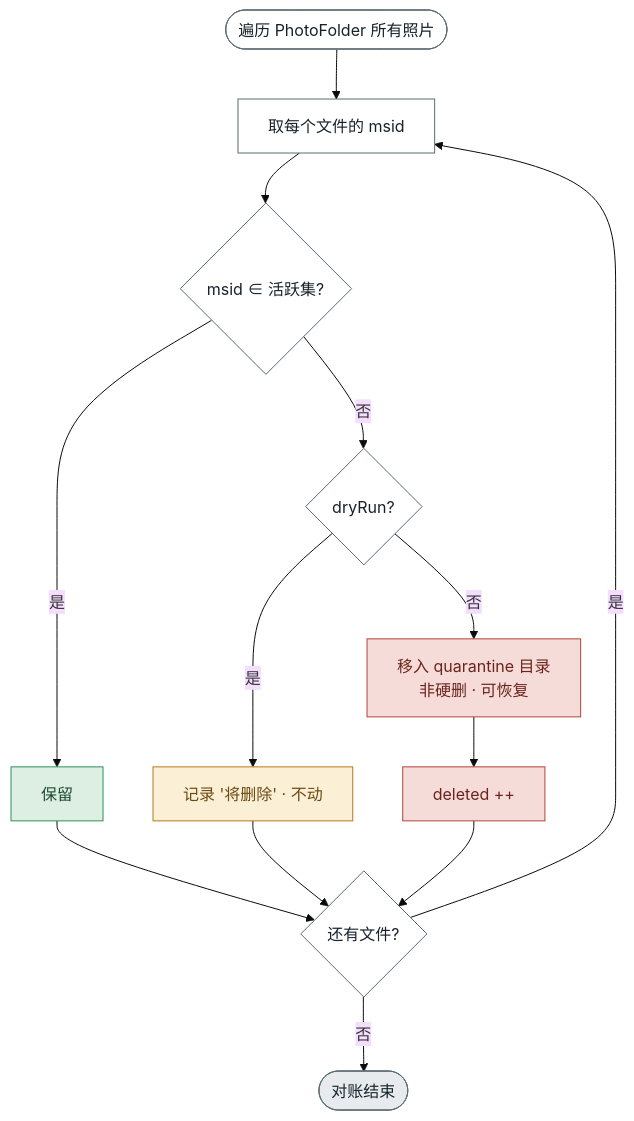
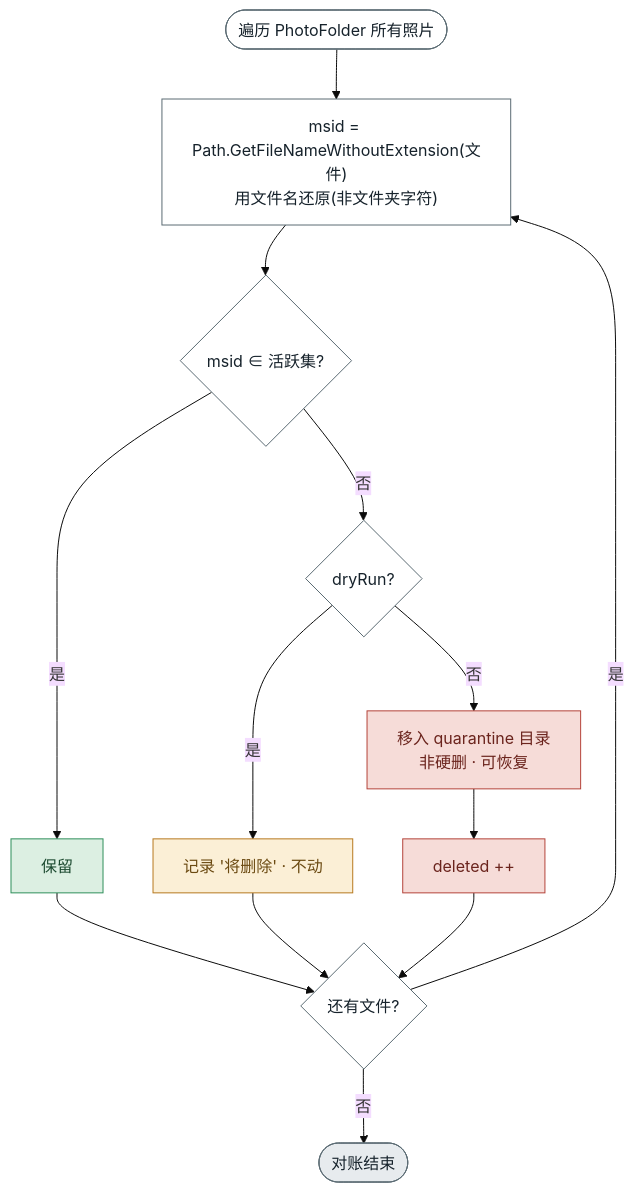
Before and after one commit to autotestpoc123/test123: the fourth of 4 diagrams in PROD_DEPLOYMENT_RUNBOOK.md, drawn with Mermaid (base theme). The commit also changed other lines of this file, not shown here.

````diff
--- a/PROD_DEPLOYMENT_RUNBOOK.md
+++ b/PROD_DEPLOYMENT_RUNBOOK.md
@@ -129,21 +136,21 @@
 ```mermaid
 flowchart TD
-  R0(["遍历 PhotoFolder 所有照片"]):::new --> EA["取每个文件的 msid"]:::new
+  R0(["遍历 PhotoFolder 所有照片"]):::new --> EA["msid = Path.GetFileNameWithoutExtension(文件)<br/>用文件名还原(非文件夹字符)"]:::new
   EA --> IN{"msid ∈ 活跃集?"}:::new
   IN -- 是 --> KP["保留"]:::good
   IN -- 否 --> PO{"dryRun?"}:::new
   PO -- 是 --> LD["记录 '将删除' · 不动"]:::warn
   PO -- 否 --> QU["移入 quarantine 目录<br/>非硬删 · 可恢复"]:::bad
   QU --> DC["deleted ++"]:::bad
   KP --> NF{"还有文件?"}:::new
   LD --> NF
   DC --> NF
   NF -- 是 --> EA
   NF -- 否 --> DN(["对账结束"]):::exit
 
   classDef new fill:#ffffff,stroke:#5b6b73,color:#16222b;
   classDef good fill:#dcefe2,stroke:#2f8f5b,color:#1c4a30;
   classDef warn fill:#fbefd6,stroke:#b7791f,color:#6b4a12;
   classDef bad fill:#f6dcd8,stroke:#b4433a,color:#6b241d;
   classDef exit fill:#e7ebee,stroke:#5b6b73,color:#16222b;
 ```
````
